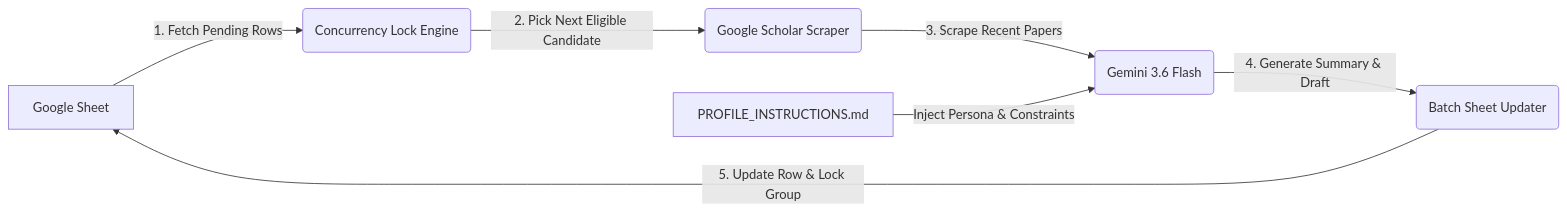
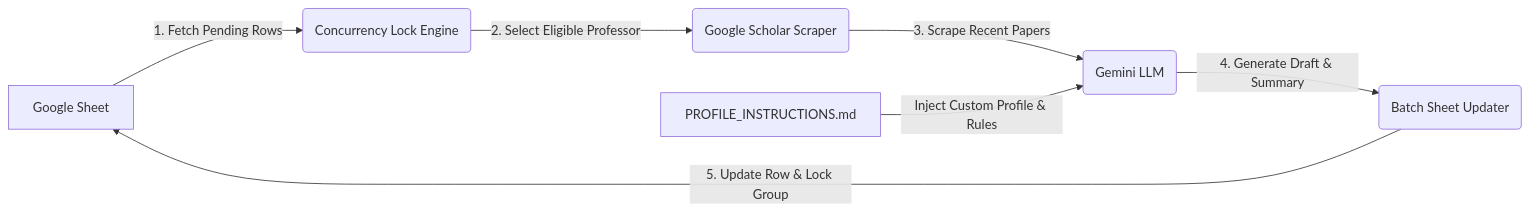
Before and after one commit to FForhad/profemail: the diagram in README.md, drawn with Mermaid. The commit also changed other lines of this file and 1 other file, not shown here.

````diff
--- a/README.md
+++ b/README.md
@@ -22,9 +23,9 @@
 ```mermaid
 flowchart LR
     A[Google Sheet] -->|1. Fetch Pending Rows| B(Concurrency Lock Engine)
-    B -->|2. Pick Next Eligible Candidate| C(Google Scholar Scraper)
-    C -->|3. Scrape Recent Papers| D(Gemini 3.6 Flash)
-    E[PROFILE_INSTRUCTIONS.md] -->|Inject Persona & Constraints| D
-    D -->|4. Generate Summary & Draft| F(Batch Sheet Updater)
+    B -->|2. Select Eligible Professor| C(Google Scholar Scraper)
+    C -->|3. Scrape Recent Papers| D(Gemini LLM)
+    E[PROFILE_INSTRUCTIONS.md] -->|Inject Custom Profile & Rules| D
+    D -->|4. Generate Draft & Summary| F(Batch Sheet Updater)
     F -->|5. Update Row & Lock Group| A
 ```
````
